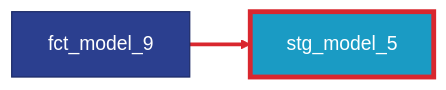
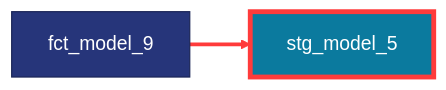
Diagram 15 of 21 in docs/rules/modeling.md (dbt-labs/dbt-project-evaluator), drawn with Mermaid before and after one commit. The commit also changed other lines of this file and 6 other files, not shown here.

Commit message:
Readable Mermaid diagrams in both color schemes; scope the source selection note to dbt check

````diff
--- a/docs/rules/modeling.md
+++ b/docs/rules/modeling.md
@@ -535,11 +535,11 @@
 ```mermaid
 flowchart LR
-    classDef staging fill:#1a9bc4,stroke:#0e6f8f,color:#fff
-    classDef marts fill:#2b3f8f,stroke:#1c2a66,color:#fff
-    classDef flagged stroke:#d9272e,stroke-width:4px
+    classDef staging fill:#0b7a9e,stroke:#085a75,color:#fff
+    classDef marts fill:#26357a,stroke:#1a2557,color:#fff
+    classDef flagged stroke:#ff3b3b,stroke-width:4px
     fct_model_9["fct_model_9"]:::marts
     stg_model_5["stg_model_5"]:::staging
     fct_model_9 --> stg_model_5
     class stg_model_5 flagged
-    linkStyle 0 stroke:#d9272e,stroke-width:3px
+    linkStyle 0 stroke:#ff3b3b,stroke-width:3px
 ```
````
